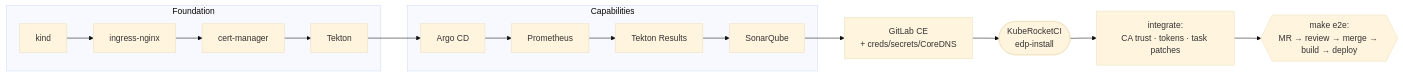
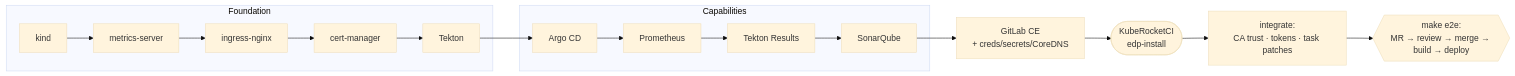
Before and after one commit to KubeRocketCI/try-kuberocketci: the diagram in README.md, drawn with Mermaid (base theme). The commit also changed other lines of this file and 3 other files, not shown here.

First line of the commit message:
feat: Add metrics-server to the testbed prerequisites

````diff
--- a/README.md
+++ b/README.md
@@ -126,13 +126,13 @@
 ```mermaid
 flowchart LR
     subgraph Foundation
-      A[kind] --> B[ingress-nginx] --> C[cert-manager] --> D[Tekton]
+      A[kind] --> A2[metrics-server] --> B[ingress-nginx] --> C[cert-manager] --> D[Tekton]
     end
     subgraph Capabilities
       D --> E[Argo CD] --> F[Prometheus] --> G[Tekton Results] --> H[SonarQube]
     end
     H --> I[GitLab CE<br/>+ creds/secrets/CoreDNS]
     I --> J([KubeRocketCI<br/>edp-install])
     J --> K[integrate:<br/>CA trust · tokens · task patches]
     K --> L{{make e2e:<br/>MR → review → merge → build → deploy}}
 ```
````
